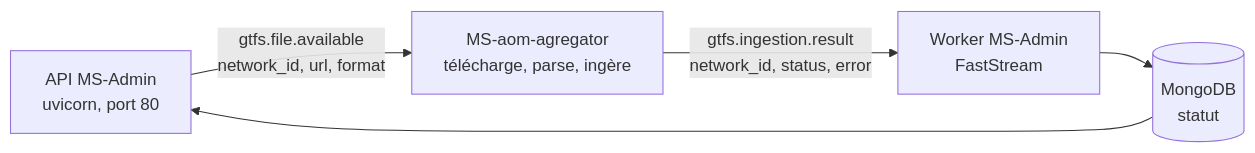
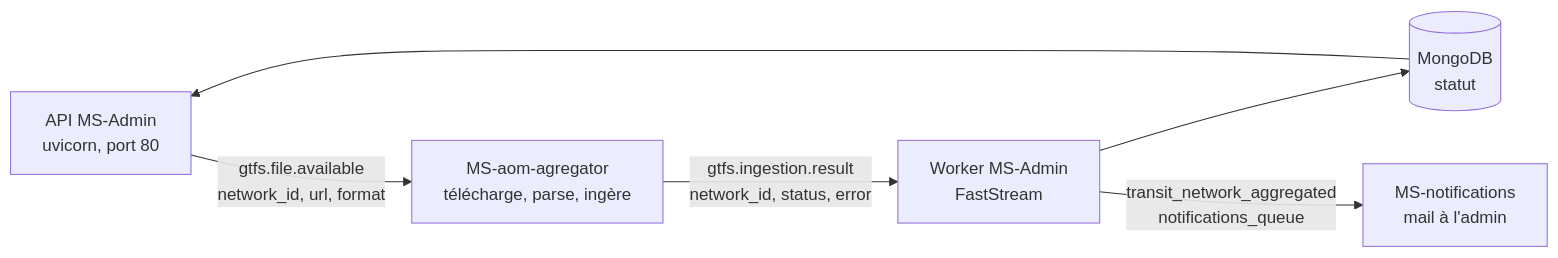
The diagram in README.md (HubertApp/MS-Admin), drawn with Mermaid before and after one commit. The commit also changed other lines of this file and 6 other files, not shown here.

Commit message:
feat: notif admin sur agrégation

````diff
--- a/README.md
+++ b/README.md
@@ -28,12 +28,13 @@
 ```mermaid
 flowchart LR
     API["API MS-Admin<br/>uvicorn, port 80"]
     AGG["MS-aom-agregator<br/>télécharge, parse, ingère"]
     WRK["Worker MS-Admin<br/>FastStream"]
     DB[("MongoDB<br/>statut")]
 
     API -- "gtfs.file.available<br/>network_id, url, format" --> AGG
     AGG -- "gtfs.ingestion.result<br/>network_id, status, error" --> WRK
     WRK --> DB
     DB --> API
+    WRK -- "transit_network_aggregated<br/>notifications_queue" --> NOTIF["MS-notifications<br/>mail à l'admin"]
 ```
````
